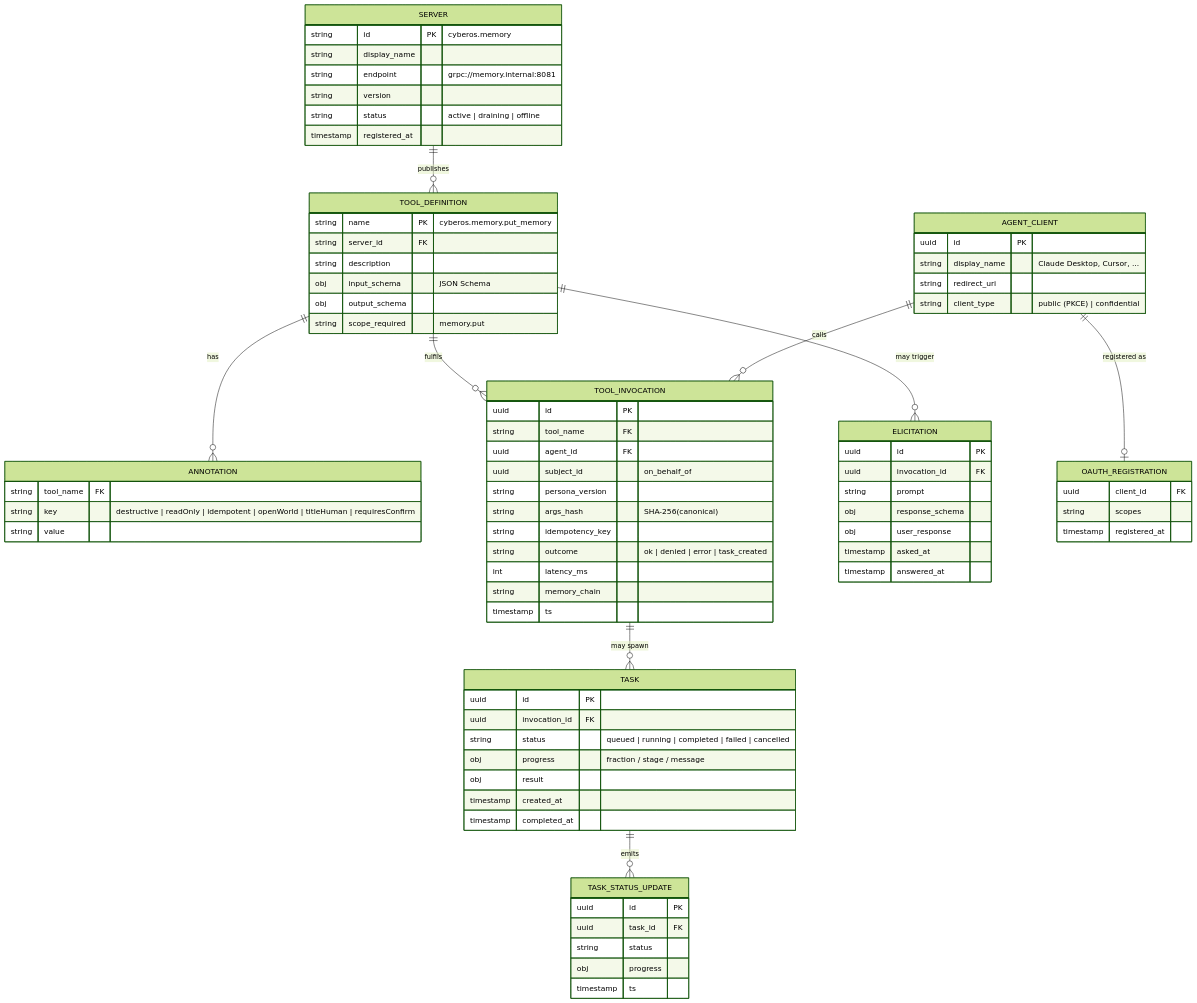
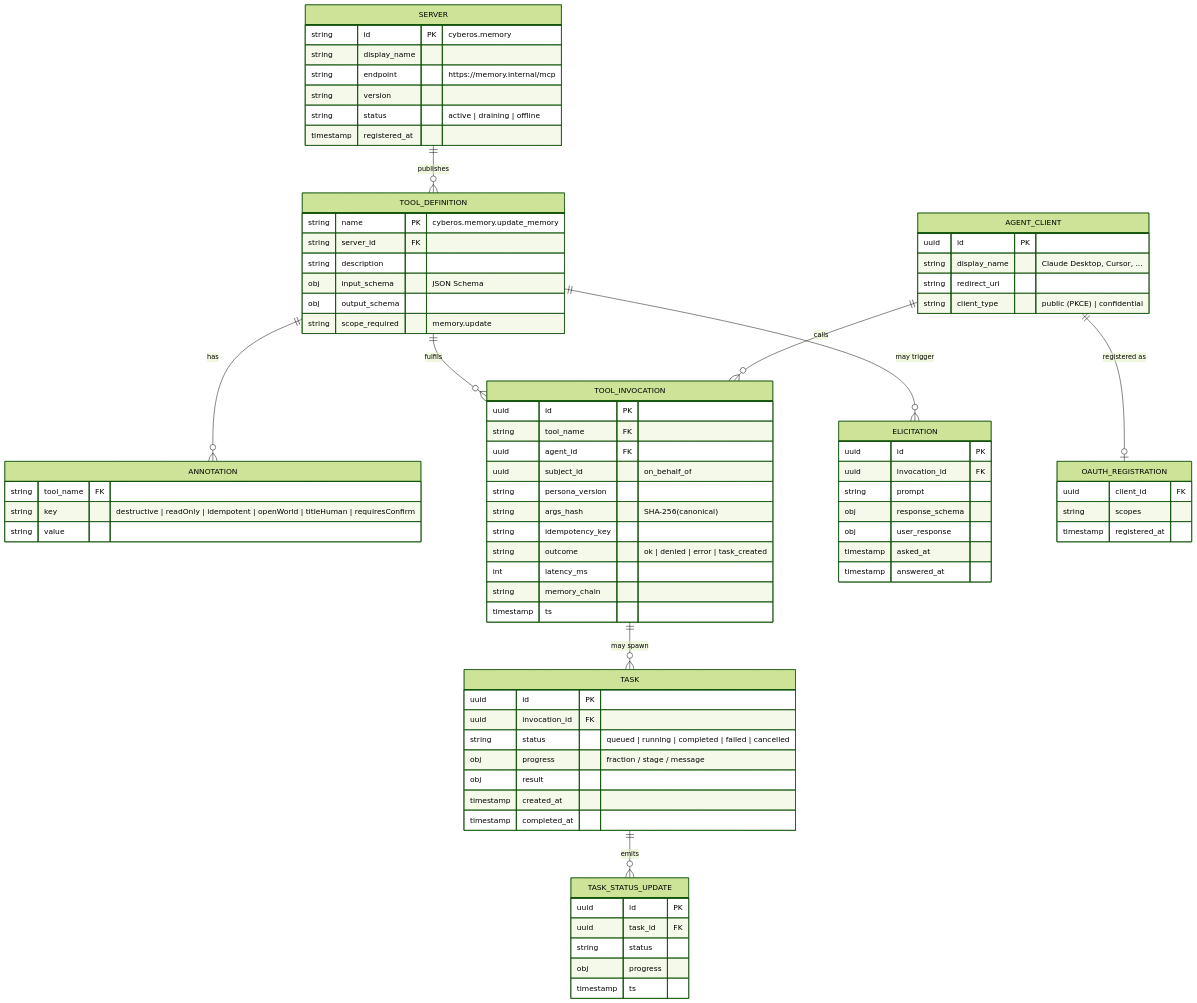
The fourth of 11 diagrams in services/mcp-gateway/docs/index.md (cyberskill-official/cyberos), drawn with Mermaid (forest theme) before and after one commit. The commit also changed other lines of this file and 20 other files, not shown here.

````diff
--- a/services/mcp-gateway/docs/index.md
+++ b/services/mcp-gateway/docs/index.md
@@ -381,81 +382,81 @@
 ```mermaid
 erDiagram
   SERVER ||--o{ TOOL_DEFINITION: "publishes"
   TOOL_DEFINITION ||--o{ ANNOTATION: "has"
   TOOL_DEFINITION ||--o{ TOOL_INVOCATION: "fulfils"
   TOOL_DEFINITION ||--o{ ELICITATION: "may trigger"
   TOOL_INVOCATION ||--o{ TASK: "may spawn"
   TASK ||--o{ TASK_STATUS_UPDATE: "emits"
   AGENT_CLIENT ||--o{ TOOL_INVOCATION: "calls"
   AGENT_CLIENT ||--o| OAUTH_REGISTRATION: "registered as"
   SERVER {
     string id PK "cyberos.memory"
     string display_name
-    string endpoint "grpc://memory.internal:8081"
+    string endpoint "https://memory.internal/mcp"
     string version
     string status "active | draining | offline"
     timestamp registered_at
   }
   TOOL_DEFINITION {
-    string name PK "cyberos.memory.put_memory"
+    string name PK "cyberos.memory.update_memory"
     string server_id FK
     string description
     obj input_schema "JSON Schema"
     obj output_schema
-    string scope_required "memory.put"
+    string scope_required "memory.update"
   }
   ANNOTATION {
     string tool_name FK
     string key "destructive | readOnly | idempotent | openWorld | titleHuman | requiresConfirm"
     string value
   }
   AGENT_CLIENT {
     uuid id PK
     string display_name "Claude Desktop, Cursor, ..."
     string redirect_uri
     string client_type "public (PKCE) | confidential"
   }
   OAUTH_REGISTRATION {
     uuid client_id FK
     string scopes
     timestamp registered_at
   }
   TOOL_INVOCATION {
     uuid id PK
     string tool_name FK
     uuid agent_id FK
     uuid subject_id "on_behalf_of"
     string persona_version
     string args_hash "SHA-256(canonical)"
     string idempotency_key
     string outcome "ok | denied | error | task_created"
     int latency_ms
     string memory_chain
     timestamp ts
   }
   TASK {
     uuid id PK
     uuid invocation_id FK
     string status "queued | running | completed | failed | cancelled"
     obj progress "fraction / stage / message"
     obj result
     timestamp created_at
     timestamp completed_at
   }
   TASK_STATUS_UPDATE {
     uuid id PK
     uuid task_id FK
     string status
     obj progress
     timestamp ts
   }
   ELICITATION {
     uuid id PK
     uuid invocation_id FK
     string prompt
     obj response_schema
     obj user_response
     timestamp asked_at
     timestamp answered_at
   }
 ```
````
